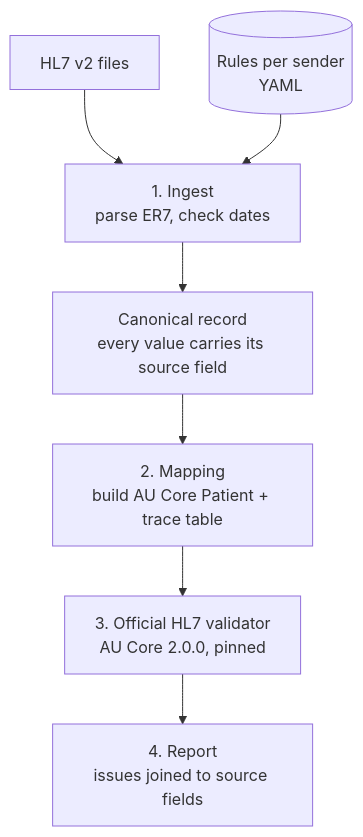
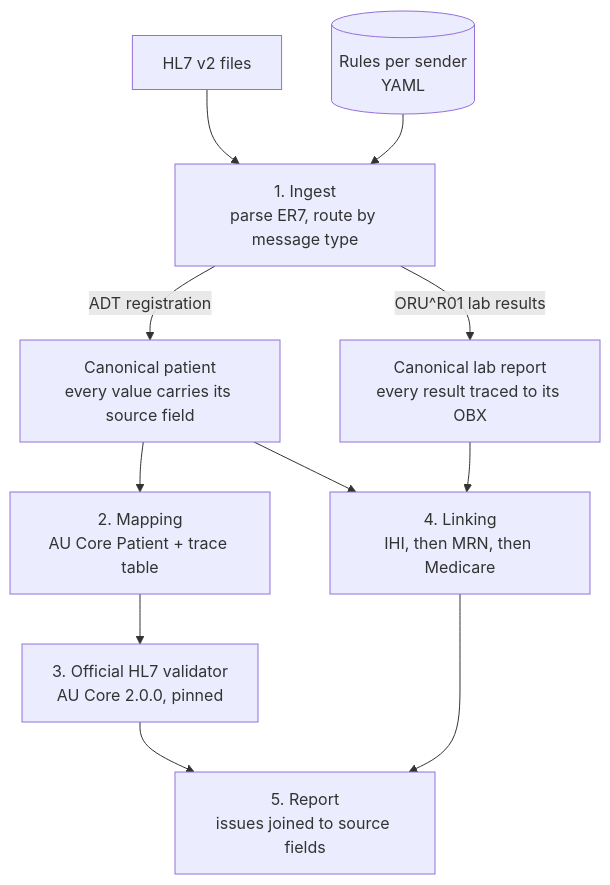
One commit to dylandchand/au-core-gateway changed the diagram in README.md. Above: the diagram before and after it, drawn with Mermaid. The commit also changed other lines of this file, not shown here.

First line of the commit message:
README: Phase 2 (lab results, linking, Synthea scale run, reproducibility)

````diff
--- a/README.md
+++ b/README.md
@@ -34,9 +46,13 @@
 ```mermaid
 flowchart TD
-    A[HL7 v2 files] --> B[1. Ingest<br/>parse ER7, check dates]
-    B --> C[Canonical record<br/>every value carries its source field]
+    A[HL7 v2 files] --> B[1. Ingest<br/>parse ER7, route by message type]
     R[(Rules per sender<br/>YAML)] --> B
-    C --> D[2. Mapping<br/>build AU Core Patient + trace table]
+    B -->|ADT registration| C[Canonical patient<br/>every value carries its source field]
+    B -->|ORU^R01 lab results| L[Canonical lab report<br/>every result traced to its OBX]
+    C --> D[2. Mapping<br/>AU Core Patient + trace table]
     D --> E[3. Official HL7 validator<br/>AU Core 2.0.0, pinned]
-    E --> F[4. Report<br/>issues joined to source fields]
+    L --> K[4. Linking<br/>IHI, then MRN, then Medicare]
+    C --> K
+    E --> F[5. Report<br/>issues joined to source fields]
+    K --> F
 ```
````
